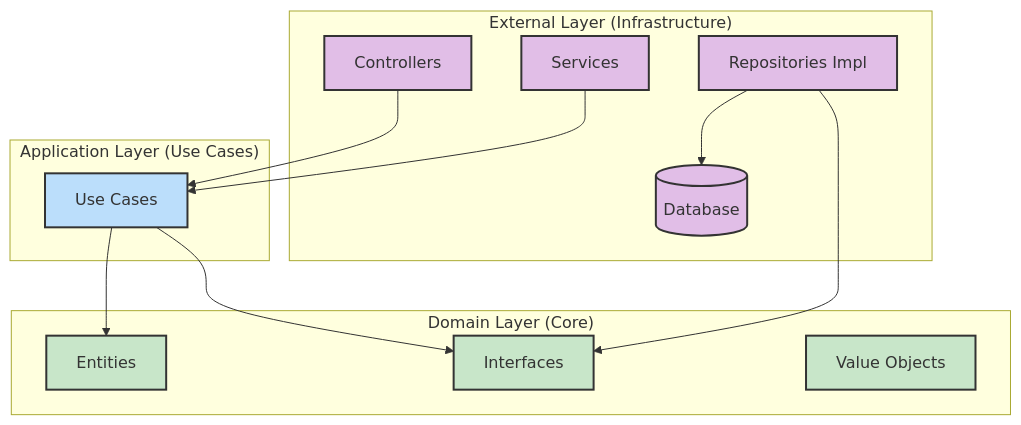
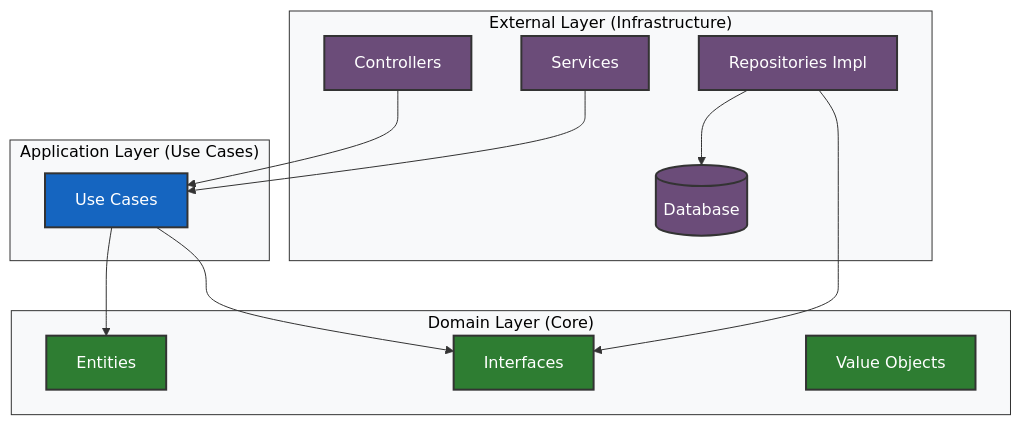
The first of 3 diagrams in README.md (YazanZebak/nestjs-clean-architecture-demo), drawn with Mermaid before and after one commit. The commit also changed other lines of this file, not shown here.

````diff
--- a/README.md
+++ b/README.md
@@ -57,36 +57,39 @@
 ```mermaid
 graph TB
     subgraph External["External Layer (Infrastructure)"]
         C[Controllers]
         R[Repositories Impl]
         S[Services]
         D[(Database)]
-        style C fill:#e1bee7,stroke:#333
-        style R fill:#e1bee7,stroke:#333
-        style S fill:#e1bee7,stroke:#333
-        style D fill:#e1bee7,stroke:#333
+        style C fill:#6b4c79,stroke:#333,color:#fff
+        style R fill:#6b4c79,stroke:#333,color:#fff
+        style S fill:#6b4c79,stroke:#333,color:#fff
+        style D fill:#6b4c79,stroke:#333,color:#fff
     end
 
     subgraph Application["Application Layer (Use Cases)"]
         UC[Use Cases]
-        style UC fill:#bbdefb,stroke:#333
+        style UC fill:#1565c0,stroke:#333,color:#fff
     end
 
     subgraph Domain["Domain Layer (Core)"]
         E[Entities]
         I[Interfaces]
         V[Value Objects]
-        style E fill:#c8e6c9,stroke:#333
-        style I fill:#c8e6c9,stroke:#333
-        style V fill:#c8e6c9,stroke:#333
+        style E fill:#2e7d32,stroke:#333,color:#fff
+        style I fill:#2e7d32,stroke:#333,color:#fff
+        style V fill:#2e7d32,stroke:#333,color:#fff
     end
 
     C --> UC
     UC --> E
     UC --> I
     R --> I
     S --> UC
     R --> D
 
     classDef default fill:#fff,stroke:#333,stroke-width:2px;
+    style External fill:#f8f9fa,stroke:#333,color:#000
+    style Application fill:#f8f9fa,stroke:#333,color:#000
+    style Domain fill:#f8f9fa,stroke:#333,color:#000
 ```
````
